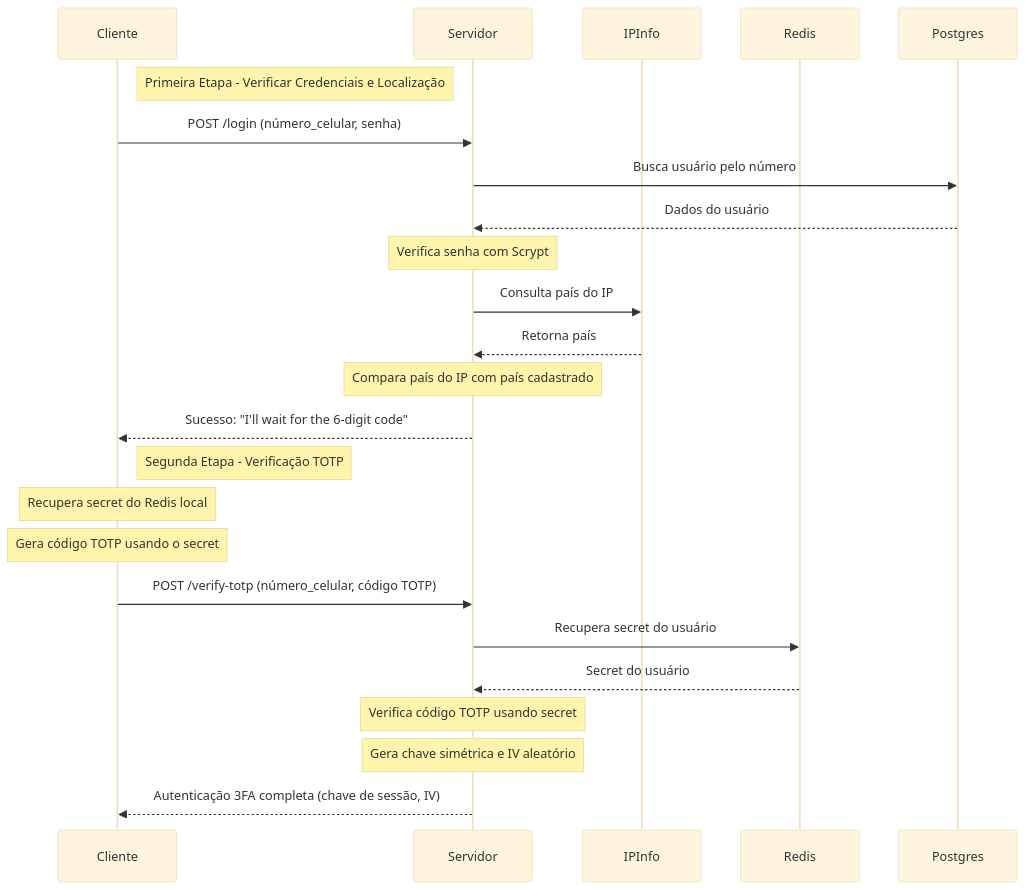
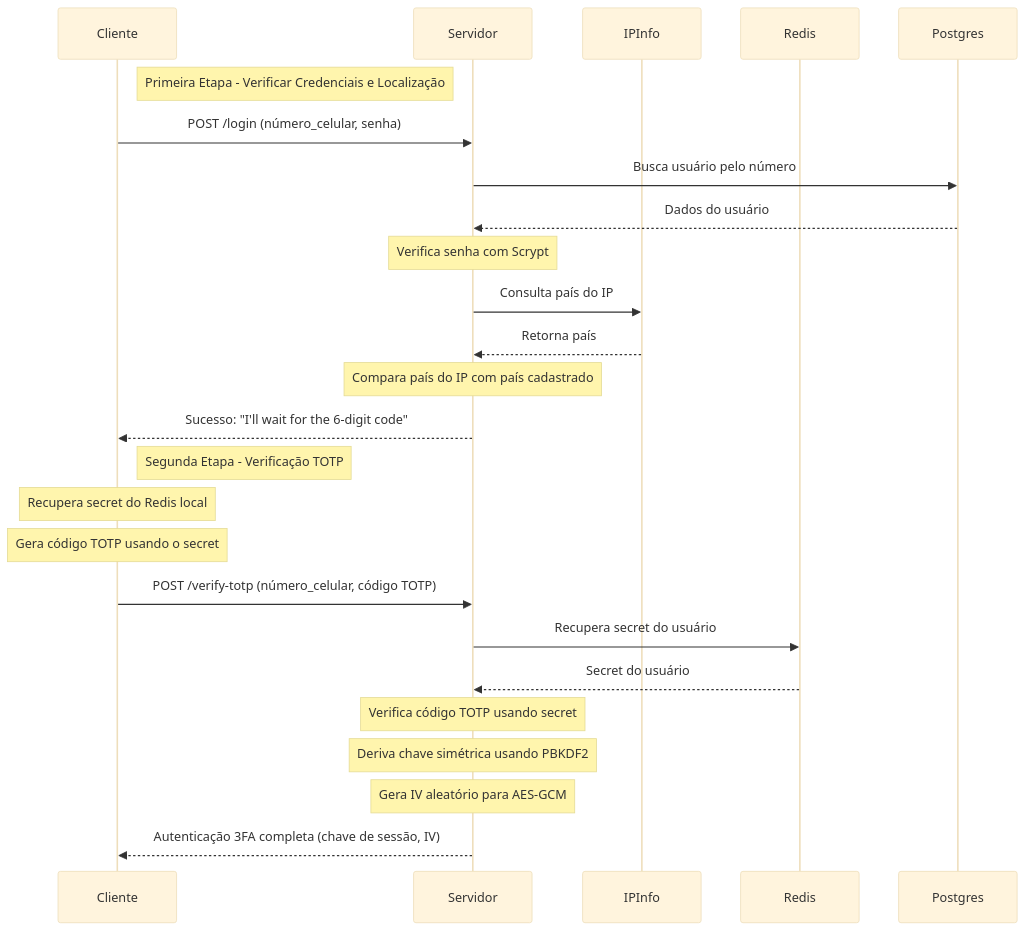
One commit to lgahdl/3fa-server-and-client changed the second of 3 diagrams in README.md. Above: the diagram before and after it, drawn with Mermaid (base theme). The commit also changed other lines of this file and 4 other files, not shown here.

````diff
--- a/README.md
+++ b/README.md
@@ -189,37 +185,38 @@
 ```mermaid
 sequenceDiagram
     participant Cliente
     participant Servidor
     participant IPInfo
     participant Redis
     participant Postgres
 
     Note right of Cliente: Primeira Etapa - Verificar Credenciais e Localização
 
     Cliente->>Servidor: POST /login (número_celular, senha)
     Servidor->>Postgres: Busca usuário pelo número
     Postgres-->>Servidor: Dados do usuário
 
     Note over Servidor: Verifica senha com Scrypt
     
     Servidor->>IPInfo: Consulta país do IP
     IPInfo-->>Servidor: Retorna país
     
     Note over Servidor: Compara país do IP com país cadastrado
     
     Servidor-->>Cliente: Sucesso: "I'll wait for the 6-digit code"
 
     Note right of Cliente: Segunda Etapa - Verificação TOTP
     
     Note over Cliente: Recupera secret do Redis local
     Note over Cliente: Gera código TOTP usando o secret
     
     Cliente->>Servidor: POST /verify-totp (número_celular, código TOTP)
     Servidor->>Redis: Recupera secret do usuário
     Redis-->>Servidor: Secret do usuário
     
     Note over Servidor: Verifica código TOTP usando secret
-    Note over Servidor: Gera chave simétrica e IV aleatório
+    Note over Servidor: Deriva chave simétrica usando PBKDF2
+    Note over Servidor: Gera IV aleatório para AES-GCM
     
     Servidor-->>Cliente: Autenticação 3FA completa (chave de sessão, IV)
 ```
````
